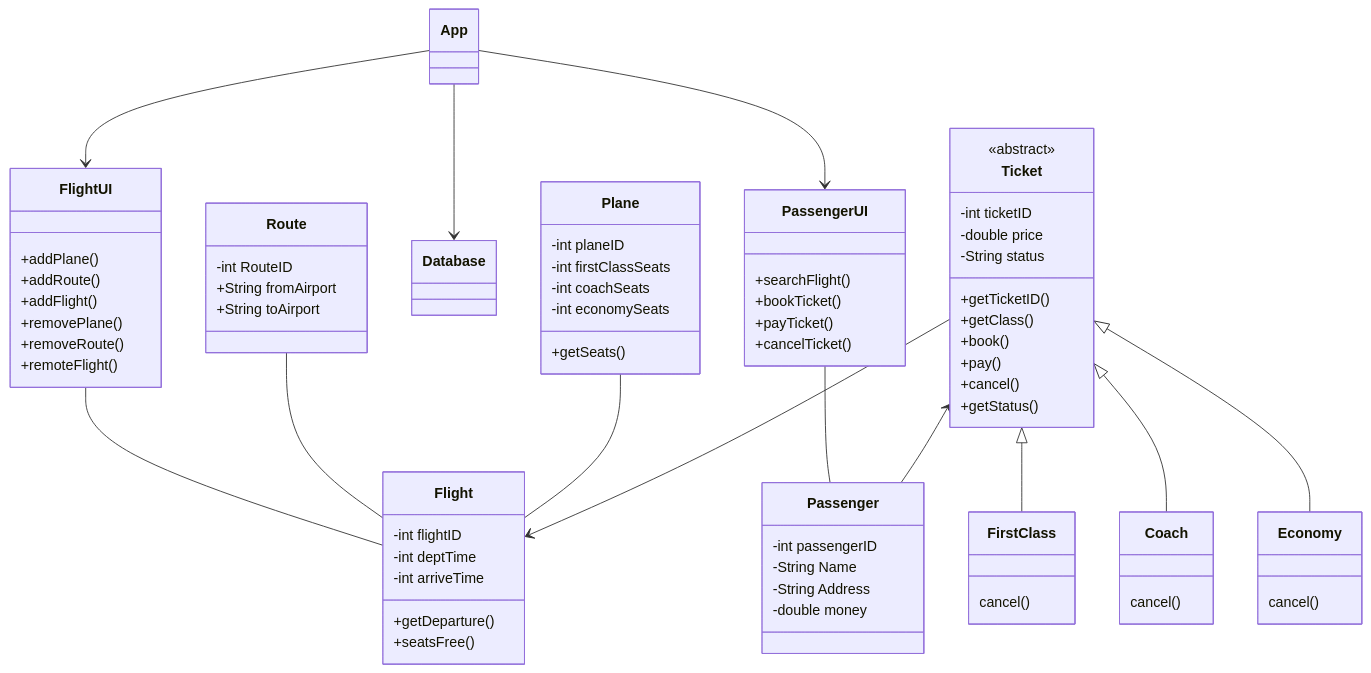
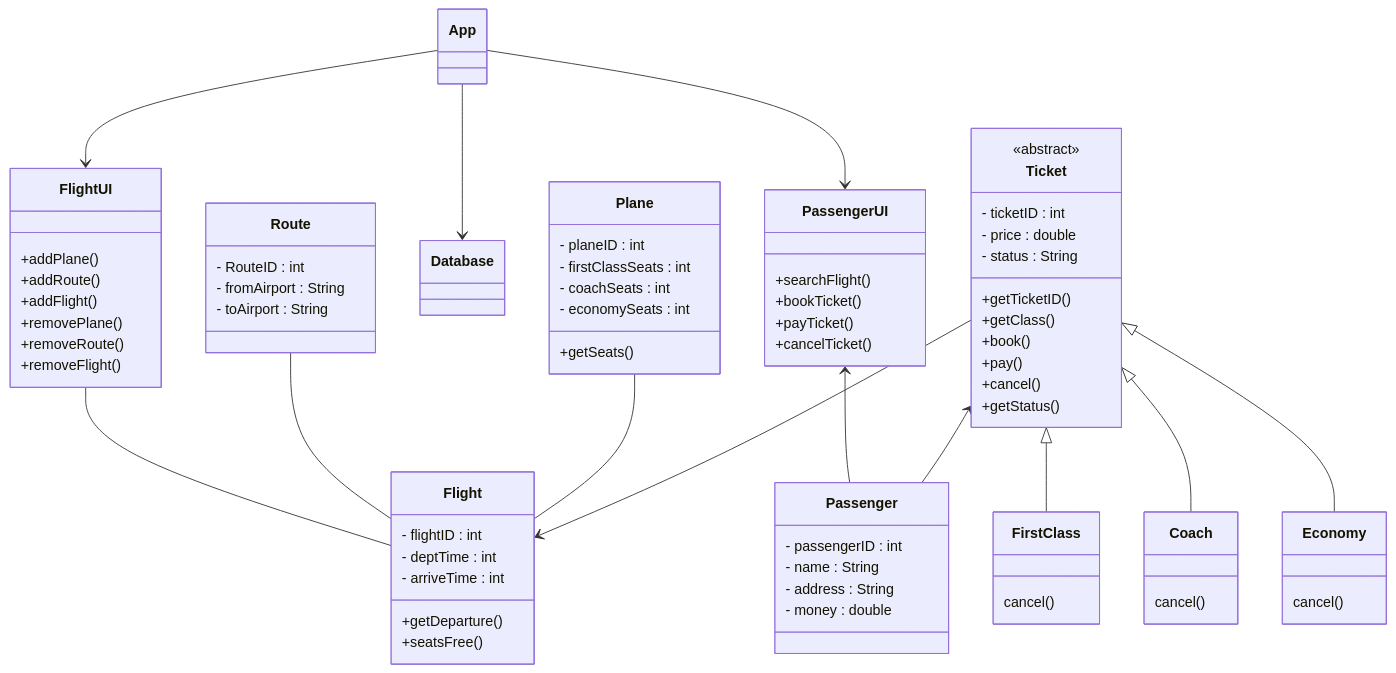
One commit to CaptainCaswell/COMP371-GroupProject changed the diagram in Class Diagram.md. Above: the diagram before and after it, drawn with Mermaid. The commit also changed 5 other files, not shown here.

````diff
--- a/Class Diagram.md
+++ b/Class Diagram.md
@@ -3,10 +3,10 @@
-``` mermaid
+```mermaid
 classDiagram
-    App --> FlightUI
-    FlightUI -- Flight
+    App  -->  FlightUI
+    FlightUI  --  Flight
 
     App --> PassengerUI
-    PassengerUI -- Passenger
+    PassengerUI <-- Passenger
 
     App --> Database
 
@@ -30,7 +30,7 @@
         +addFlight()
         +removePlane()
         +removeRoute()
-        +remoteFlight()
+        +removeFlight()
     }
 
     class PassengerUI {
@@ -41,25 +41,25 @@
     }
 
     class Passenger {
-        -int passengerID
-        -String Name
-        -String Address
-        -double money
+        - passengerID : int
+        - name : String
+        - address : String
+        - money : double
     }
 
     class Plane {
-        -int planeID
-        -int firstClassSeats
-        -int coachSeats
-        -int economySeats
+        - planeID : int
+        - firstClassSeats : int
+        - coachSeats : int
+        - economySeats : int
         +getSeats()
     }
 
     class Ticket {
         <<abstract>>
-        -int ticketID
-        -double price
-        -String status
+        - ticketID : int
+        - price : double
+        - status : String
         +getTicketID()
         +getClass()
         +book()
@@ -69,17 +69,17 @@
     }
 
     class Flight {
-        -int flightID
-        -int deptTime
-        -int arriveTime
+        - flightID : int
+        - deptTime : int
+        - arriveTime : int
         +getDeparture()
         +seatsFree()
     }
 
     class Route {
-        -int RouteID
-        +String fromAirport
-        +String toAirport
+        - RouteID : int
+        - fromAirport : String
+        - toAirport : String
     }
 
     class FirstClass {
````
